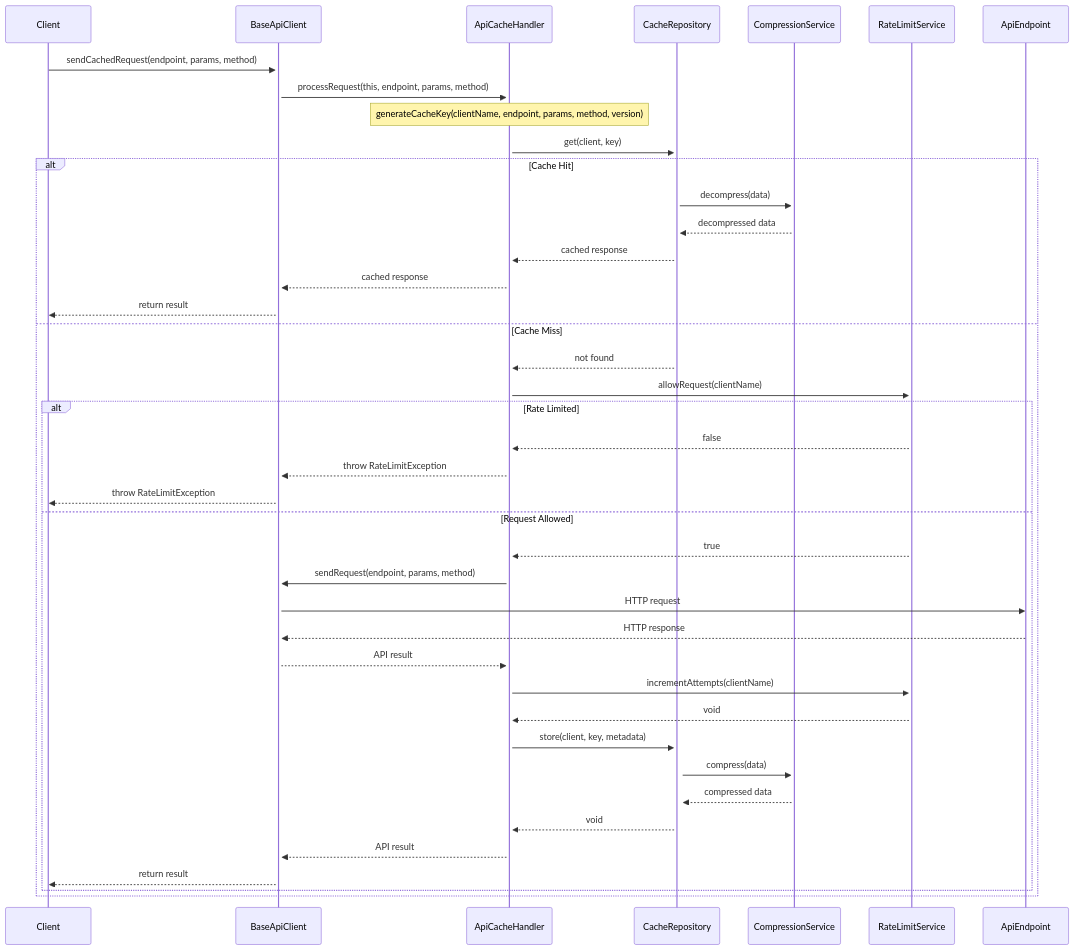
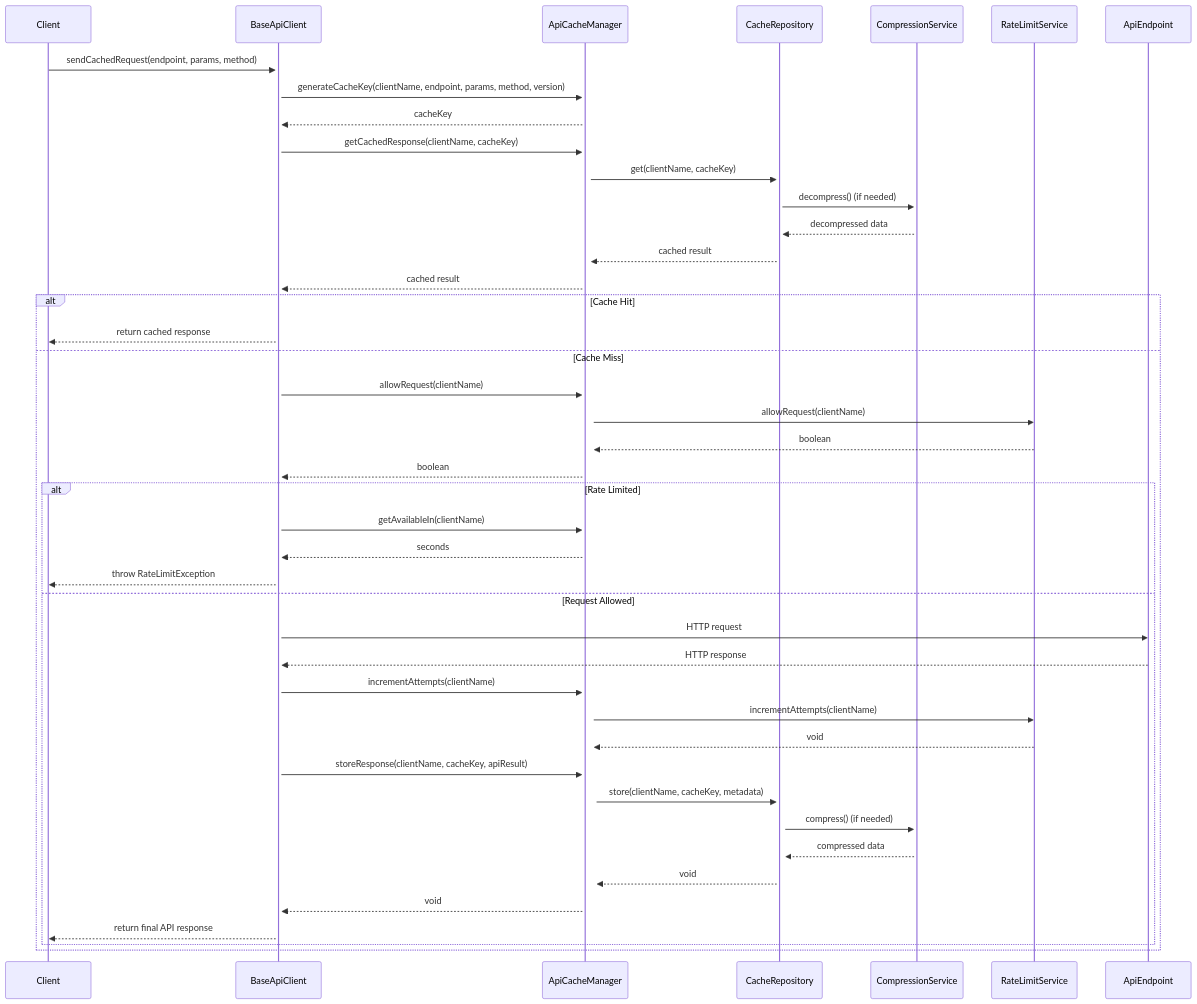
Before and after one commit to fofxtools/api-cache: the diagram in docs/diagrams/sequence-diagram.mmd, drawn with Mermaid. The commit also changed 11 other files, not shown here.

Commit message:
ApiCacheManager

```diff
--- a/docs/diagrams/sequence-diagram.mmd
+++ b/docs/diagrams/sequence-diagram.mmd
@@ -1,60 +1,61 @@
 sequenceDiagram
     participant Client
     participant BaseApiClient
-    participant ApiCacheHandler
+    participant ApiCacheManager
     participant CacheRepository
     participant CompressionService
     participant RateLimitService
     participant ApiEndpoint
     
     %% 1) Client calls BaseApiClient
     Client->>+BaseApiClient: sendCachedRequest(endpoint, params, method)
-    BaseApiClient->>+ApiCacheHandler: processRequest(this, endpoint, params, method)
 
-    Note over ApiCacheHandler: generateCacheKey(clientName, endpoint, params, method, version)
+    %% 2) Generate cache key
+    BaseApiClient->>+ApiCacheManager: generateCacheKey(clientName, endpoint, params, method, version)
+    ApiCacheManager-->>BaseApiClient: cacheKey
 
-    %% 2) Check cache
-    ApiCacheHandler->>+CacheRepository: get(client, key)
+    %% 3) Check cache
+    BaseApiClient->>+ApiCacheManager: getCachedResponse(clientName, cacheKey)
+    ApiCacheManager->>+CacheRepository: get(clientName, cacheKey)
+    CacheRepository->>+CompressionService: decompress() (if needed)
+    CompressionService-->>CacheRepository: decompressed data
+    CacheRepository-->>ApiCacheManager: cached result
+    ApiCacheManager-->>BaseApiClient: cached result
 
     alt Cache Hit
-        %% 3A) Cache hit: decompress and return
-        CacheRepository->>+CompressionService: decompress(data)
-        CompressionService-->>CacheRepository: decompressed data
-        CacheRepository-->>ApiCacheHandler: cached response
-        ApiCacheHandler-->>BaseApiClient: cached response
-        BaseApiClient-->>Client: return result
-
+        %% 3A) Cache hit: return cached immediately
+        BaseApiClient-->>Client: return cached response
     else Cache Miss
-        %% 3B) Cache miss: check rate limit
-        CacheRepository-->>ApiCacheHandler: not found
-        ApiCacheHandler->>+RateLimitService: allowRequest(clientName)
+        %% 3B) Check rate limit
+        BaseApiClient->>+ApiCacheManager: allowRequest(clientName)
+        ApiCacheManager->>RateLimitService: allowRequest(clientName)
+        RateLimitService-->>ApiCacheManager: boolean
+        ApiCacheManager-->>BaseApiClient: boolean
 
         alt Rate Limited
             %% 4A) Rate limit triggered
-            RateLimitService-->>ApiCacheHandler: false
-            ApiCacheHandler-->>BaseApiClient: throw RateLimitException
+            BaseApiClient->>ApiCacheManager: getAvailableIn(clientName)
+            ApiCacheManager-->>BaseApiClient: seconds
             BaseApiClient-->>Client: throw RateLimitException
-
         else Request Allowed
-            %% 4B) Rate limit OK: make real API call
-            RateLimitService-->>ApiCacheHandler: true
-            ApiCacheHandler->>BaseApiClient: sendRequest(endpoint, params, method)
+            %% 4B) Make real API call
             BaseApiClient->>ApiEndpoint: HTTP request
             ApiEndpoint-->>BaseApiClient: HTTP response
-            BaseApiClient-->>ApiCacheHandler: API result
-
+            
             %% 5) Track rate limit usage
-            ApiCacheHandler->>RateLimitService: incrementAttempts(clientName)
-            RateLimitService-->>ApiCacheHandler: void
-
+            BaseApiClient->>ApiCacheManager: incrementAttempts(clientName)
+            ApiCacheManager->>RateLimitService: incrementAttempts(clientName)
+            RateLimitService-->>ApiCacheManager: void
+            
             %% 6) Cache the fresh response
-            ApiCacheHandler->>+CacheRepository: store(client, key, metadata)
-            CacheRepository->>+CompressionService: compress(data)
+            BaseApiClient->>+ApiCacheManager: storeResponse(clientName, cacheKey, apiResult)
+            ApiCacheManager->>+CacheRepository: store(clientName, cacheKey, metadata)
+            CacheRepository->>+CompressionService: compress() (if needed)
             CompressionService-->>CacheRepository: compressed data
-            CacheRepository-->>ApiCacheHandler: void
-
-            %% 7) Return to client
-            ApiCacheHandler-->>BaseApiClient: API result
-            BaseApiClient-->>Client: return result
+            CacheRepository-->>ApiCacheManager: void
+            ApiCacheManager-->>BaseApiClient: void
+            
+            %% 7) Return result
+            BaseApiClient-->>Client: return final API response
         end
     end
```
